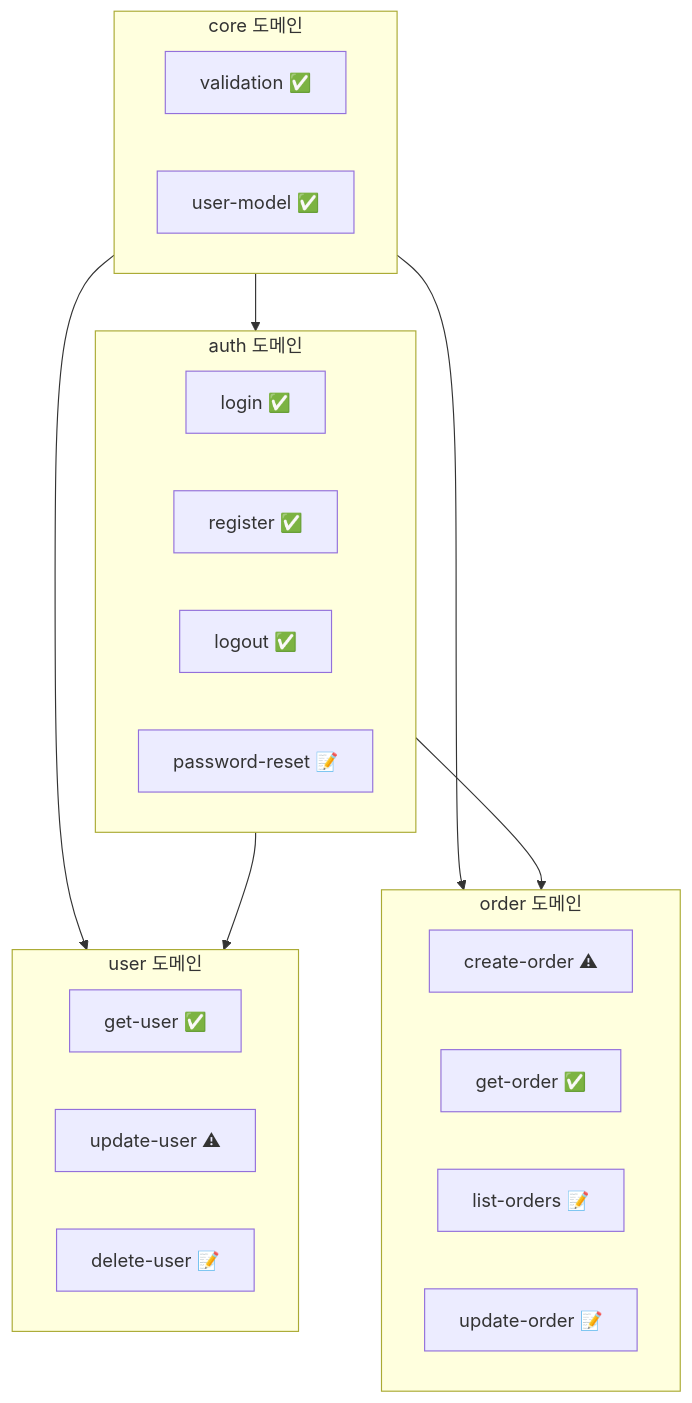
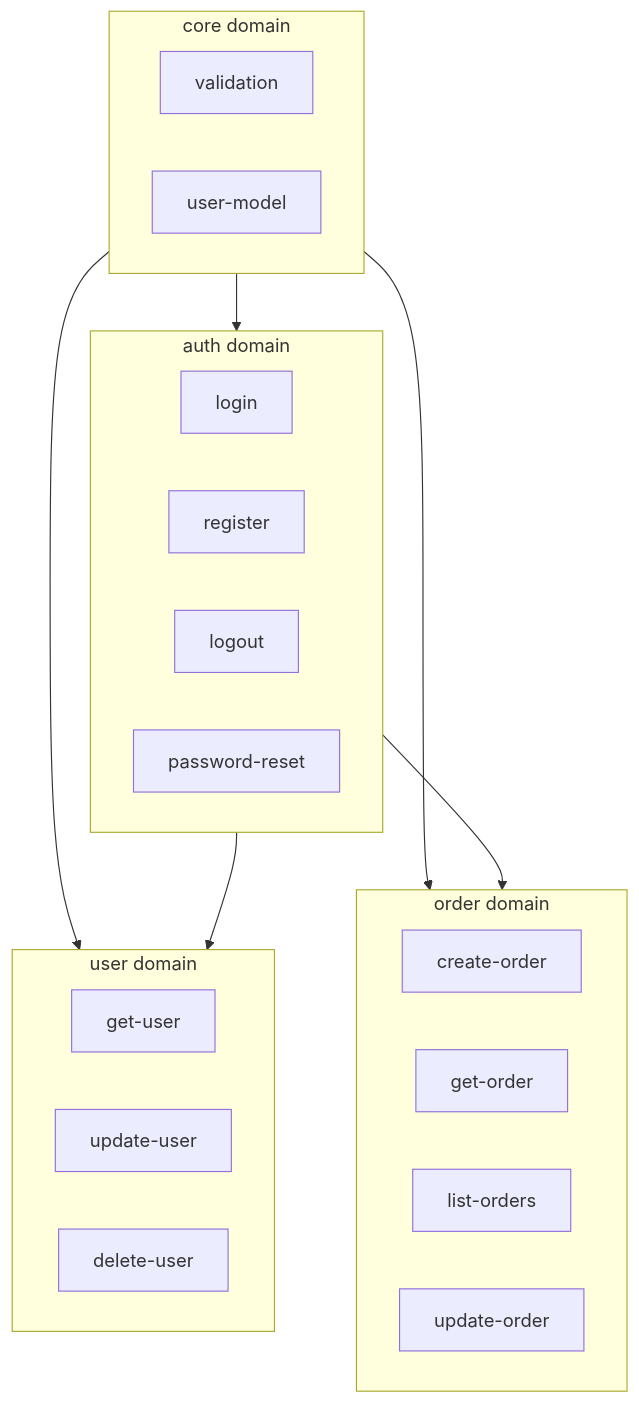
Before and after one commit to JakeB-5/sdd-tool: the diagram in docs/tutorial/brownfield.md, drawn with Mermaid. The commit also changed other lines of this file and 188 other files, not shown here.

````diff
--- a/docs/tutorial/brownfield.md
+++ b/docs/tutorial/brownfield.md
@@ -609,33 +609,33 @@
 ```mermaid
 graph TB
-    subgraph core[core 도메인]
-        validation[validation ✅]
-        user-model[user-model ✅]
+    subgraph core[core domain]
+        validation[validation ]
+        user-model[user-model ]
     end
 
-    subgraph auth[auth 도메인]
-        login[login ✅]
-        register[register ✅]
-        logout[logout ✅]
-        password-reset[password-reset 📝]
+    subgraph auth[auth domain]
+        login[login ]
+        register[register ]
+        logout[logout ]
+        password-reset[password-reset ]
     end
 
-    subgraph user[user 도메인]
-        get-user[get-user ✅]
-        update-user[update-user ⚠]
-        delete-user[delete-user 📝]
+    subgraph user[user domain]
+        get-user[get-user ]
+        update-user[update-user ]
+        delete-user[delete-user ]
     end
 
-    subgraph order[order 도메인]
-        create-order[create-order ⚠]
-        get-order[get-order ✅]
-        list-orders[list-orders 📝]
-        update-order[update-order 📝]
+    subgraph order[order domain]
+        create-order[create-order ]
+        get-order[get-order ]
+        list-orders[list-orders ]
+        update-order[update-order ]
     end
 
     core --> auth
     core --> user
     core --> order
     auth --> user
     auth --> order
 ```
````
